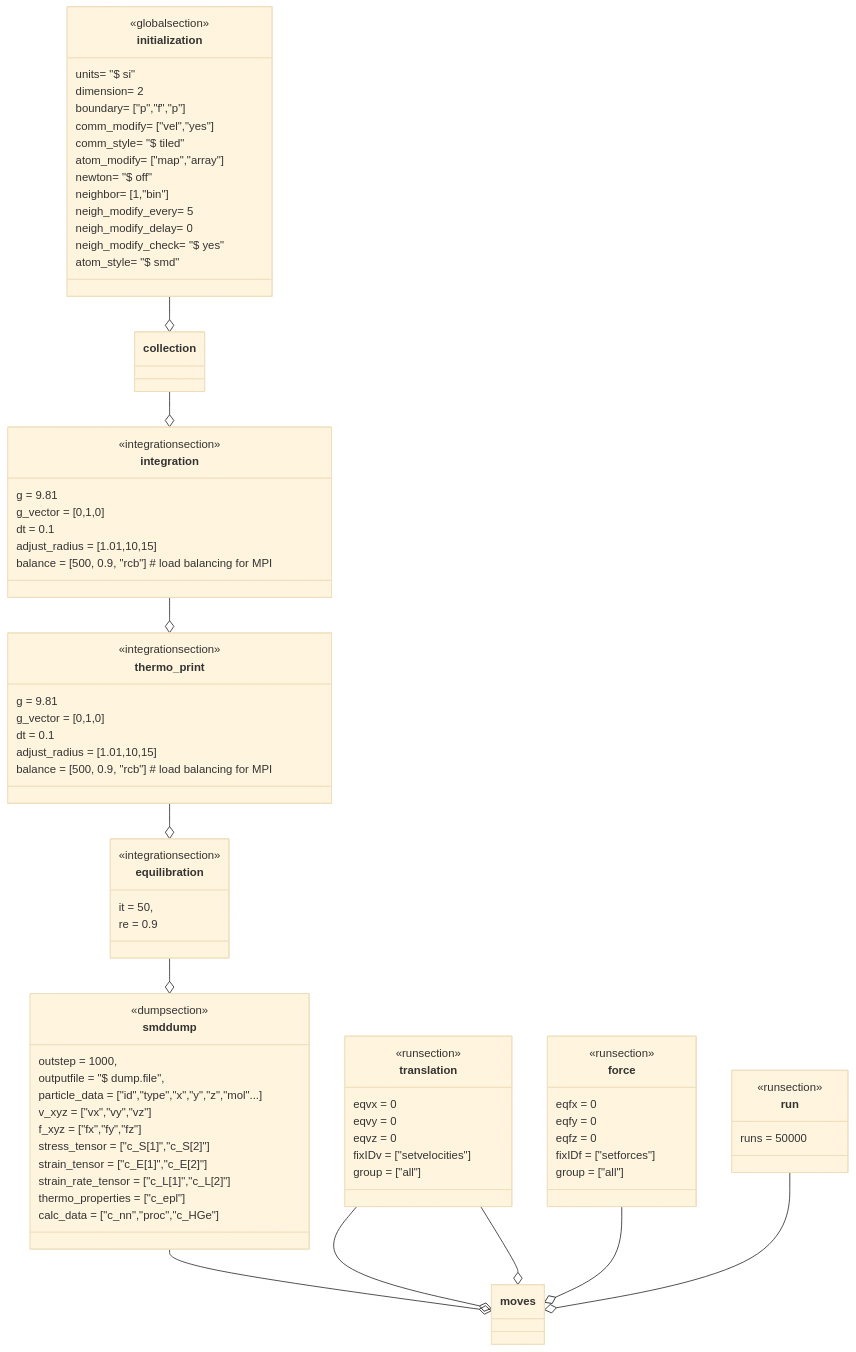
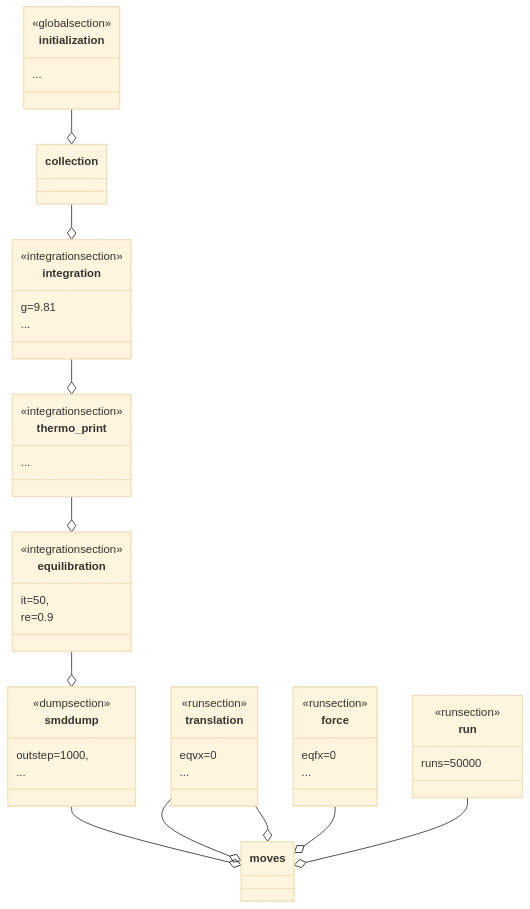
The second of 3 diagrams in README.md (ovitrac/Pizza3), drawn with Mermaid (base theme) before and after one commit. The commit also changed other lines of this file and 2 other files, not shown here.

````diff
--- a/README.md
+++ b/README.md
@@ -139,82 +176,41 @@
 classDiagram
 class initialization{
 	<<globalsection>>
-	                units= "$ si"
-            dimension= 2
-             boundary= ["p","f","p"]
-          comm_modify= ["vel","yes"]
-           comm_style= "$ tiled"
-          atom_modify= ["map","array"]
-               newton= "$ off"
-              neighbor= [1,"bin"]
-    neigh_modify_every= 5 
-    neigh_modify_delay= 0
-    neigh_modify_check= "$ yes"
-            atom_style= "$ smd"
+	...
 }
-
 class integration{
-	 <<integrationsection>>
-            g = 9.81
-            g_vector = [0,1,0]
-              dt = 0.1
-   adjust_radius = [1.01,10,15]
-        balance = [500, 0.9, "rcb"] # load balancing for MPI
+	<<integrationsection>>
+	g=9.81
+	...
 }
-
 class thermo_print{
 	<<integrationsection>>
-	            g = 9.81
-            g_vector = [0,1,0]
-              dt = 0.1
-   adjust_radius = [1.01,10,15]
-        balance = [500, 0.9, "rcb"] # load balancing for MPI
+	...
 }
-
 class equilibration{
 	<<integrationsection>>
-	    it = 50,
-        re = 0.9
+	it=50,
+	re=0.9
 }
-
 class smddump{
 	<<dumpsection>>
-	            outstep = 1000,
-         outputfile = "$ dump.file",
-      particle_data = ["id","type","x","y","z","mol"...]
-              v_xyz = ["vx","vy","vz"]
-              f_xyz = ["fx","fy","fz"]
-      stress_tensor = ["c_S[1]","c_S[2]"]
-      strain_tensor = ["c_E[1]","c_E[2]"]
- strain_rate_tensor = ["c_L[1]","c_L[2]"]
-  thermo_properties = ["c_epl"]
-          calc_data = ["c_nn","proc","c_HGe"]
+	outstep=1000,
+	...
 }
-
 class translation{
 	<<runsection>>
-	    eqvx = 0
-        eqvy = 0
-        eqvz = 0
-        fixIDv = ["setvelocities"]
-        group = ["all"]
+	eqvx=0
+	...
 }
-
 class force{
 	<<runsection>>
-        eqfx = 0
-        eqfy = 0
-        eqfz = 0
-        fixIDf = ["setforces"]
-        group = ["all"]
+	eqfx=0
+	...
 }
-
 class run{
 	<<runsection>>
-		runs = 50000
-		}
-		
-
+	runs=50000
+}
 initialization --o collection
 collection --o integration
 integration --o thermo_print
@@ -225,5 +221,4 @@
 translation --o moves
 force --o moves
 smddump --o moves
-
 ```
````
